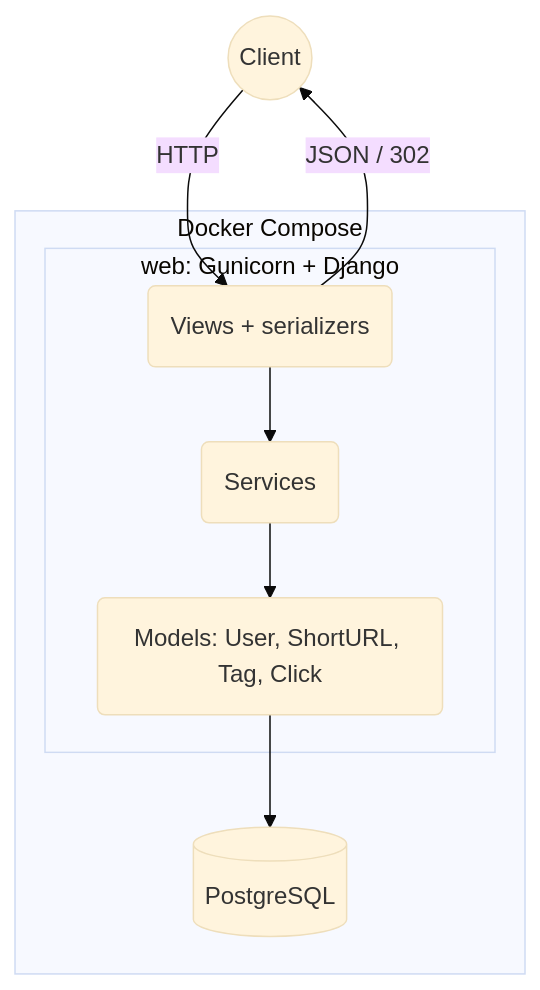
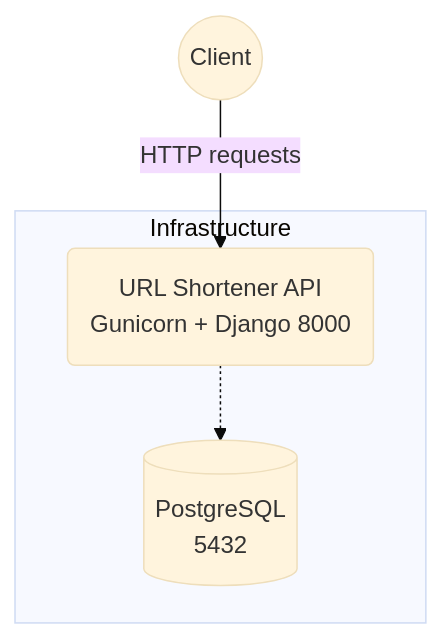
The diagram in DJANGO/url-shortener-microservice/README.md (Molyceo12/AmaliTech_Python_Backend_Labs), drawn with Mermaid (base theme) before and after one commit. The commit also changed other lines of this file, not shown here.

Commit message:
Match the architecture diagram to the team style

````diff
--- a/DJANGO/url-shortener-microservice/README.md
+++ b/DJANGO/url-shortener-microservice/README.md
@@ -13,14 +13,8 @@
 ```mermaid
 graph TD
-    Client((Client)) -->|HTTP| Views
+    Client((Client)) -->|HTTP requests| Web(URL Shortener API<br/>Gunicorn + Django 8000)
 
-    subgraph Docker["Docker Compose"]
-        subgraph Web["web: Gunicorn + Django"]
-            Views(Views + serializers) --> Services(Services)
-            Services --> Models(Models: User, ShortURL, Tag, Click)
-        end
-        Models --> DB[(PostgreSQL)]
+    subgraph "Infrastructure"
+        Web -.-> DB[(PostgreSQL<br/>5432)]
     end
-
-    Views -->|JSON / 302| Client
 ```
````
